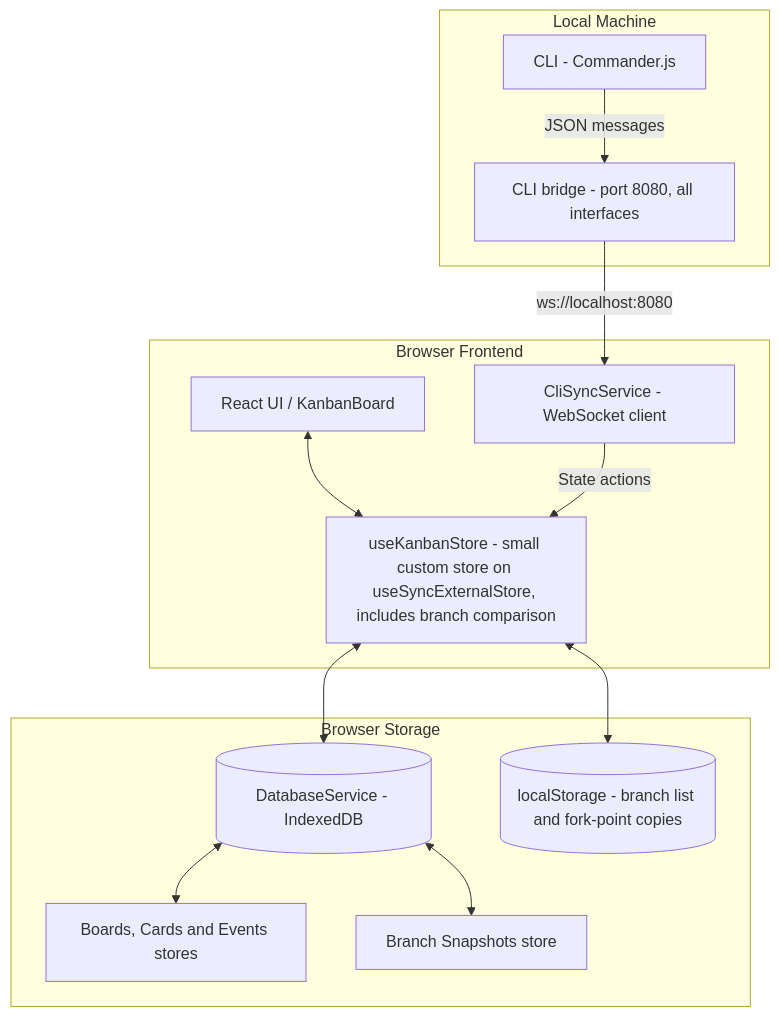
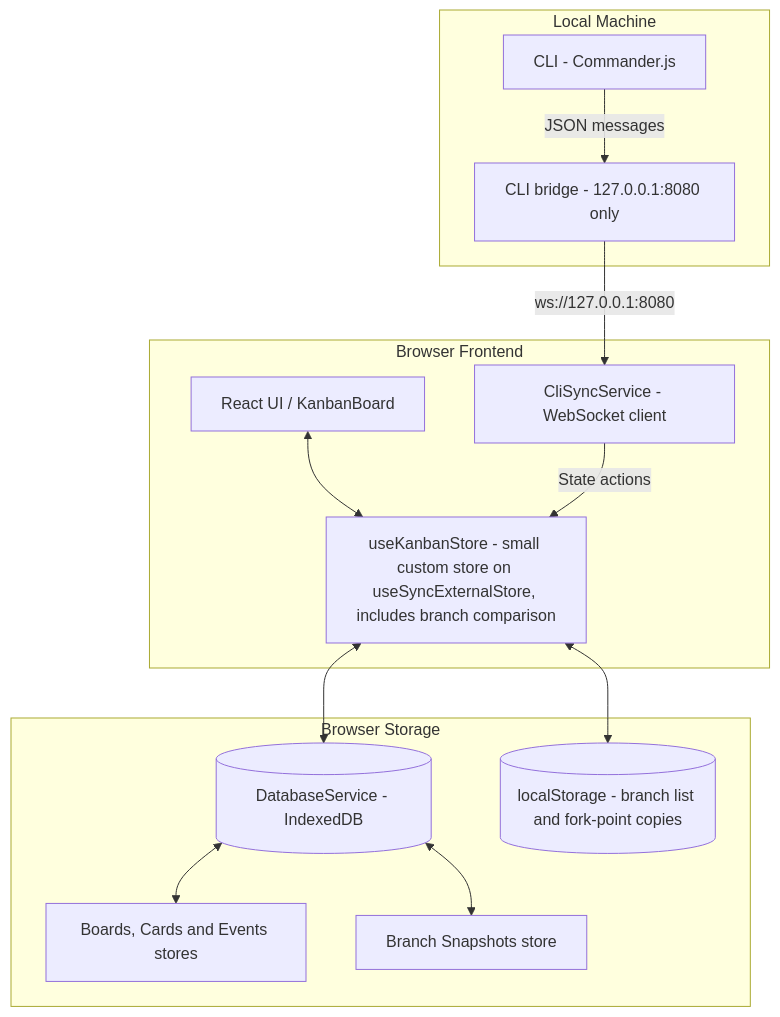
One commit to vardaanbazaz/kanbanlight changed the diagram in README.md. Above: the diagram before and after it, drawn with Mermaid. The commit also changed other lines of this file and 11 other files, not shown here.

````diff
--- a/README.md
+++ b/README.md
@@ -31,29 +31,29 @@
 ```mermaid
 graph TD
     subgraph Browser Frontend
         UI[React UI / KanbanBoard]
         Store[useKanbanStore - small custom store on useSyncExternalStore, includes branch comparison]
         CliClient[CliSyncService - WebSocket client]
     end
 
     subgraph Browser Storage
         IDB[(DatabaseService - IndexedDB)]
         IDB_Cards[Boards, Cards and Events stores]
         IDB_Snapshots[Branch Snapshots store]
         LS[(localStorage - branch list and fork-point copies)]
     end
 
     subgraph Local Machine
-        WsBridge[CLI bridge - port 8080, all interfaces]
+        WsBridge[CLI bridge - 127.0.0.1:8080 only]
         CliTool[CLI - Commander.js]
     end
 
     UI <--> Store
     Store <--> IDB
     IDB <--> IDB_Cards
     IDB <--> IDB_Snapshots
     Store <--> LS
     CliTool -->|JSON messages| WsBridge
-    WsBridge -->|ws://localhost:8080| CliClient
+    WsBridge -->|ws://127.0.0.1:8080| CliClient
     CliClient -->|State actions| Store
 ```
````
